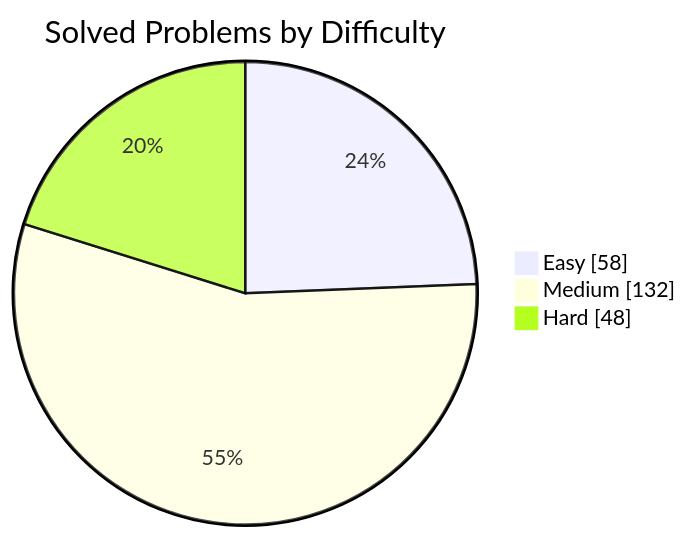
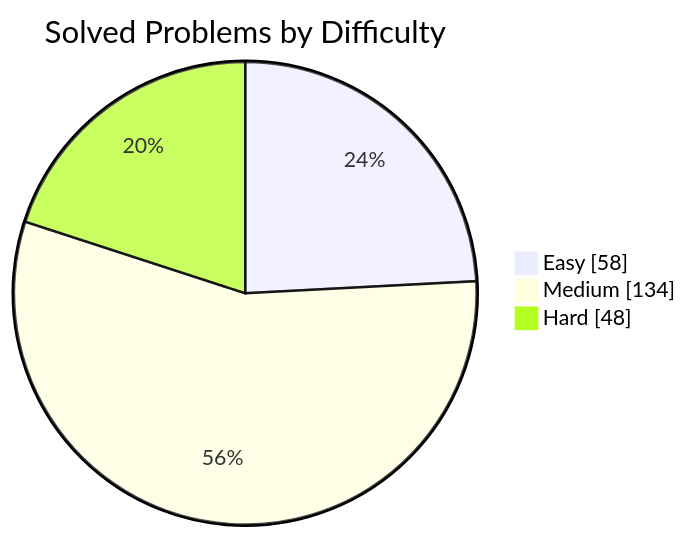
One commit to manikantbindass/DSA-Preparation-FAANG changed the first of 2 diagrams in README.md. Above: the diagram before and after it, drawn with Mermaid. The commit also changed other lines of this file and 1 other file, not shown here.

````diff
--- a/README.md
+++ b/README.md
@@ -40,7 +40,7 @@
 ```mermaid
 pie showData
     title Solved Problems by Difficulty
     "Easy" : 58
-    "Medium" : 132
+    "Medium" : 134
     "Hard" : 48
 ```
````
